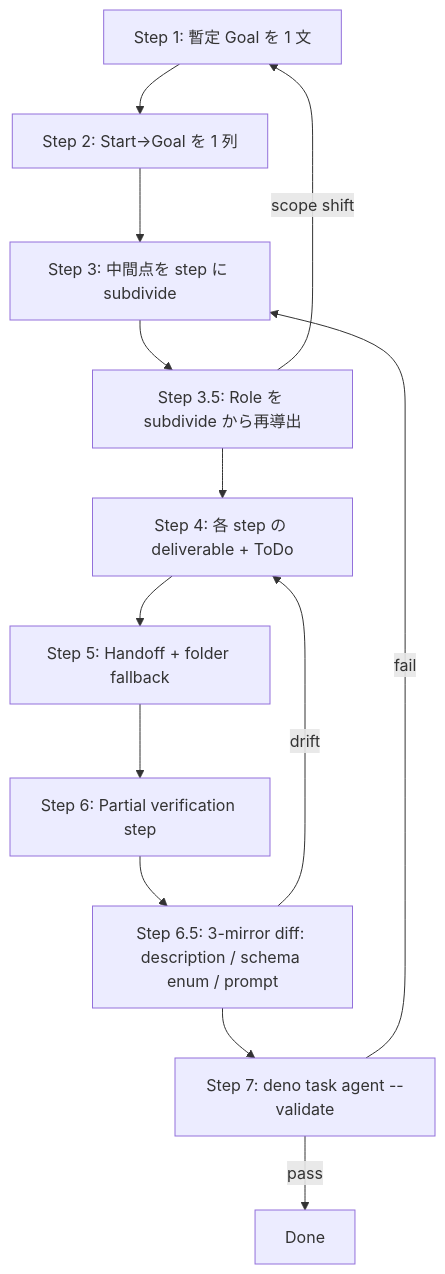
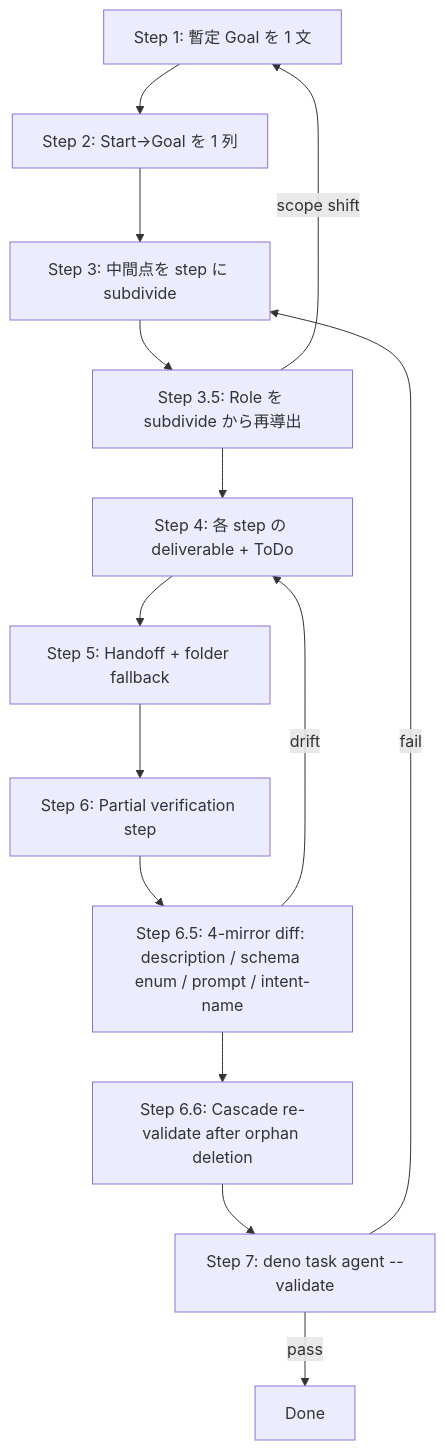
Before and after one commit to tettuan/climpt: the diagram in .claude/skills/agent-step-design/SKILL.md, drawn with Mermaid. The commit also changed other lines of this file and 1 other file, not shown here.

First line of the commit message:
feat(skill): add R6/R7, StepKind boundary rules, 4-mirror invariant

````diff
--- a/.claude/skills/agent-step-design/SKILL.md
+++ b/.claude/skills/agent-step-design/SKILL.md
@@ -39,15 +43,16 @@
 ```mermaid
 flowchart TD
     A[Step 1: 暫定 Goal を 1 文] --> B[Step 2: Start→Goal を 1 列]
     B --> C[Step 3: 中間点を step に subdivide]
     C --> R[Step 3.5: Role を subdivide から再導出]
     R -->|scope shift| A
     R --> D[Step 4: 各 step の deliverable + ToDo]
     D --> E[Step 5: Handoff + folder fallback]
     E --> F[Step 6: Partial verification step]
-    F --> M[Step 6.5: 3-mirror diff: description / schema enum / prompt]
+    F --> M[Step 6.5: 4-mirror diff: description / schema enum / prompt / intent-name]
     M -->|drift| D
-    M --> G[Step 7: deno task agent --validate]
+    M --> N[Step 6.6: Cascade re-validate after orphan deletion]
+    N --> G[Step 7: deno task agent --validate]
     G -->|fail| C
     G -->|pass| H[Done]
 ```
````
